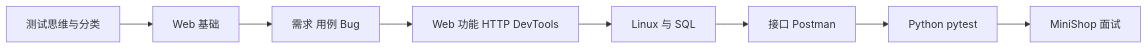
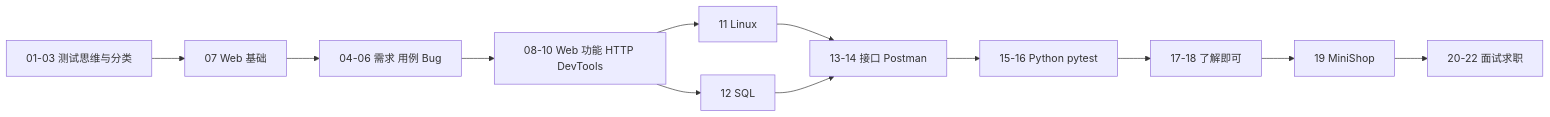
Before and after one commit to ycyue/software-testing-course: the diagram in chapters/22-learning-path.md, drawn with Mermaid. The commit also changed other lines of this file and 1 other file, not shown here.

````diff
--- a/chapters/22-learning-path.md
+++ b/chapters/22-learning-path.md
@@ -38,10 +38,14 @@
 ```mermaid
 flowchart LR
-    A[测试思维与分类] --> B[Web 基础]
-    B --> C[需求 用例 Bug]
-    C --> D[Web 功能 HTTP DevTools]
-    D --> E[Linux 与 SQL]
-    E --> F[接口 Postman]
-    F --> G[Python pytest]
-    G --> H[MiniShop 面试]
+    A[01-03 测试思维与分类] --> B[07 Web 基础]
+    B --> C[04-06 需求 用例 Bug]
+    C --> D[08-10 Web 功能 HTTP DevTools]
+    D --> E11[11 Linux]
+    D --> E12[12 SQL]
+    E11 --> F[13-14 接口 Postman]
+    E12 --> F
+    F --> G[15-16 Python pytest]
+    G --> H[17-18 了解即可]
+    H --> I[19 MiniShop]
+    I --> J[20-22 面试求职]
 ```
````
